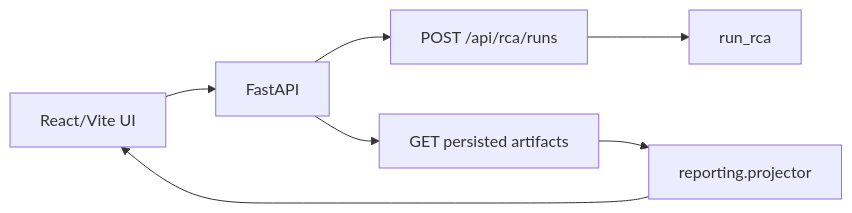
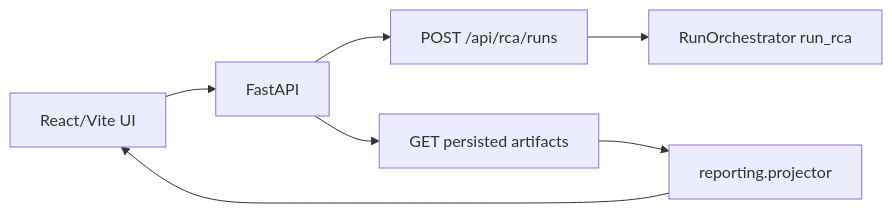
The seventh of 8 diagrams in docs/architecture.md (WOTMCCR/MetricRCA), drawn with Mermaid before and after one commit. The commit also changed other lines of this file and 8 other files, not shown here.

````diff
--- a/docs/architecture.md
+++ b/docs/architecture.md
@@ -104,9 +105,9 @@
 ```mermaid
 flowchart LR
   ReactUI[React/Vite UI] --> API[FastAPI]
   API --> POST[POST /api/rca/runs]
-  POST --> Graph[run_rca]
+  POST --> Runner[RunOrchestrator run_rca]
   API --> GET[GET persisted artifacts]
   GET --> Projector[reporting.projector]
   Projector --> ReactUI
 ```
````
